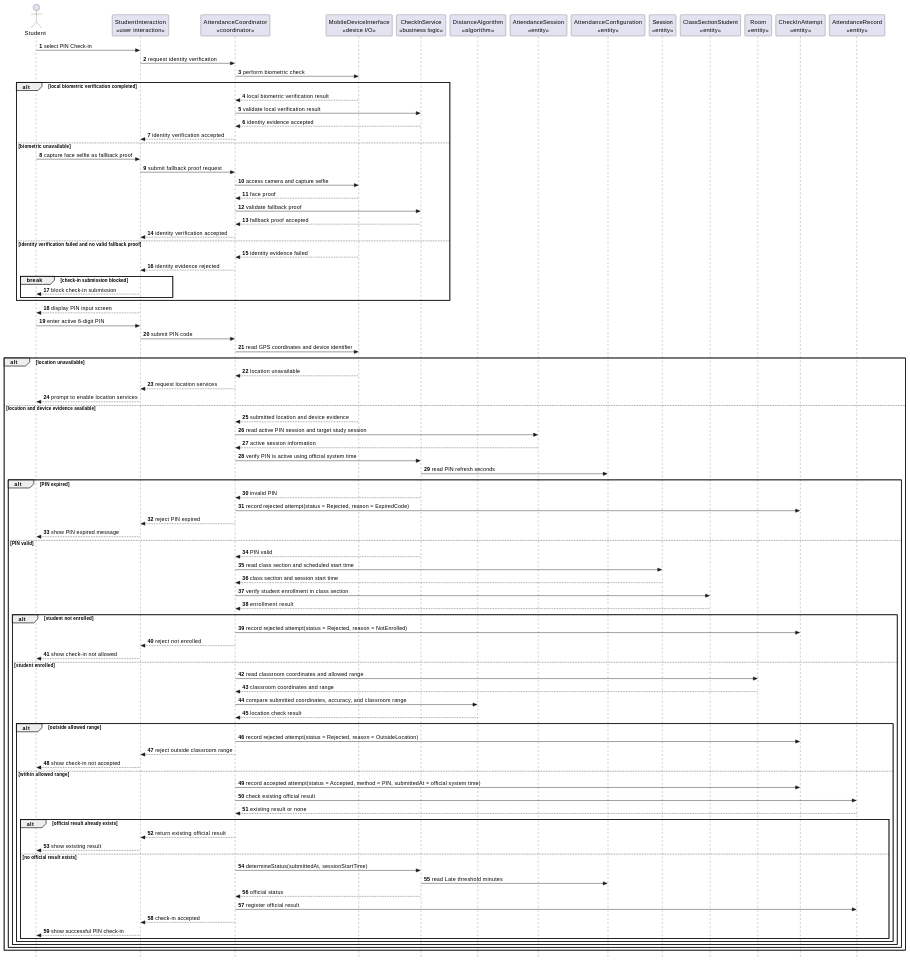
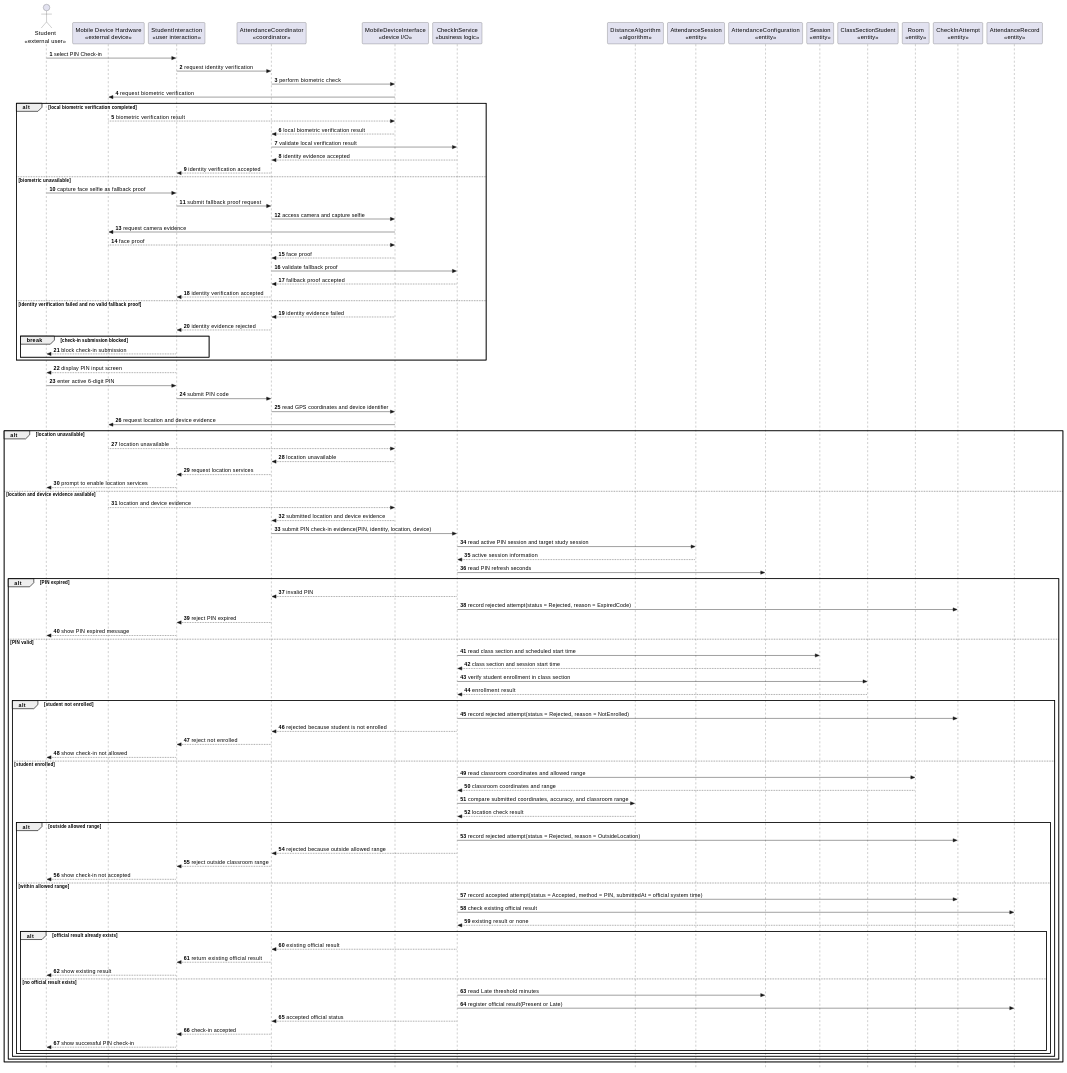
Before and after one commit to nttung42/SWD392: diagram 13 of 29 in docs/sds/2_Analysis.md, drawn with PlantUML. The commit also changed other lines of this file and 1 other file, not shown here.

Commit message:
Refactor code structure for improved readability and maintainability

```diff
--- a/docs/sds/2_Analysis.md
+++ b/docs/sds/2_Analysis.md
@@ -633,7 +640,8 @@
 @startuml
 skinparam style strictuml
 autonumber
-actor "Student" as Student
+actor "Student\n«external user»" as Student
+participant "Mobile Device Hardware\n«external device»" as MobileHardware
 participant "StudentInteraction\n«user interaction»" as StudentUI
 participant "AttendanceCoordinator\n«coordinator»" as CheckInControl
 participant "MobileDeviceInterface\n«device I/O»" as MobileSensor
@@ -650,8 +658,10 @@
 Student -> StudentUI : select PIN Check-in
 StudentUI -> CheckInControl : request identity verification
 CheckInControl -> MobileSensor : perform biometric check
+MobileSensor -> MobileHardware : request biometric verification
 
 alt local biometric verification completed
+  MobileHardware --> MobileSensor : biometric verification result
   MobileSensor --> CheckInControl : local biometric verification result
   CheckInControl -> AttendanceRules : validate local verification result
   AttendanceRules --> CheckInControl : identity evidence accepted
@@ -660,6 +670,8 @@
   Student -> StudentUI : capture face selfie as fallback proof
   StudentUI -> CheckInControl : submit fallback proof request
   CheckInControl -> MobileSensor : access camera and capture selfie
+  MobileSensor -> MobileHardware : request camera evidence
+  MobileHardware --> MobileSensor : face proof
   MobileSensor --> CheckInControl : face proof
   CheckInControl -> AttendanceRules : validate fallback proof
   AttendanceRules --> CheckInControl : fallback proof accepted
@@ -676,55 +688,59 @@
 Student -> StudentUI : enter active 6-digit PIN
 StudentUI -> CheckInControl : submit PIN code
 CheckInControl -> MobileSensor : read GPS coordinates and device identifier
+MobileSensor -> MobileHardware : request location and device evidence
 alt location unavailable
+  MobileHardware --> MobileSensor : location unavailable
   MobileSensor --> CheckInControl : location unavailable
   CheckInControl --> StudentUI : request location services
   StudentUI --> Student : prompt to enable location services
 else location and device evidence available
+  MobileHardware --> MobileSensor : location and device evidence
   MobileSensor --> CheckInControl : submitted location and device evidence
-  CheckInControl -> AttendanceSession : read active PIN session and target study session
-  AttendanceSession --> CheckInControl : active session information
-  CheckInControl -> AttendanceRules : verify PIN is active using official system time
+  CheckInControl -> AttendanceRules : submit PIN check-in evidence(PIN, identity, location, device)
+  AttendanceRules -> AttendanceSession : read active PIN session and target study session
+  AttendanceSession --> AttendanceRules : active session information
   AttendanceRules -> AttendanceConfig : read PIN refresh seconds
 
   alt PIN expired
     AttendanceRules --> CheckInControl : invalid PIN
-    CheckInControl -> CheckInAttempt : record rejected attempt(status = Rejected, reason = ExpiredCode)
+    AttendanceRules -> CheckInAttempt : record rejected attempt(status = Rejected, reason = ExpiredCode)
     CheckInControl --> StudentUI : reject PIN expired
     StudentUI --> Student : show PIN expired message
   else PIN valid
-    AttendanceRules --> CheckInControl : PIN valid
-    CheckInControl -> Session : read class section and scheduled start time
-    Session --> CheckInControl : class section and session start time
-    CheckInControl -> ClassSectionStudent : verify student enrollment in class section
-    ClassSectionStudent --> CheckInControl : enrollment result
+    AttendanceRules -> Session : read class section and scheduled start time
+    Session --> AttendanceRules : class section and session start time
+    AttendanceRules -> ClassSectionStudent : verify student enrollment in class section
+    ClassSectionStudent --> AttendanceRules : enrollment result
 
     alt student not enrolled
-      CheckInControl -> CheckInAttempt : record rejected attempt(status = Rejected, reason = NotEnrolled)
+      AttendanceRules -> CheckInAttempt : record rejected attempt(status = Rejected, reason = NotEnrolled)
+      AttendanceRules --> CheckInControl : rejected because student is not enrolled
       CheckInControl --> StudentUI : reject not enrolled
       StudentUI --> Student : show check-in not allowed
     else student enrolled
-      CheckInControl -> Room : read classroom coordinates and allowed range
-      Room --> CheckInControl : classroom coordinates and range
-      CheckInControl -> DistanceCalc : compare submitted coordinates, accuracy, and classroom range
-      DistanceCalc --> CheckInControl : location check result
+      AttendanceRules -> Room : read classroom coordinates and allowed range
+      Room --> AttendanceRules : classroom coordinates and range
+      AttendanceRules -> DistanceCalc : compare submitted coordinates, accuracy, and classroom range
+      DistanceCalc --> AttendanceRules : location check result
 
       alt outside allowed range
-        CheckInControl -> CheckInAttempt : record rejected attempt(status = Rejected, reason = OutsideLocation)
+        AttendanceRules -> CheckInAttempt : record rejected attempt(status = Rejected, reason = OutsideLocation)
+        AttendanceRules --> CheckInControl : rejected because outside allowed range
         CheckInControl --> StudentUI : reject outside classroom range
         StudentUI --> Student : show check-in not accepted
       else within allowed range
-        CheckInControl -> CheckInAttempt : record accepted attempt(status = Accepted, method = PIN, submittedAt = official system time)
-        CheckInControl -> AttendanceRecord : check existing official result
-        AttendanceRecord --> CheckInControl : existing result or none
+        AttendanceRules -> CheckInAttempt : record accepted attempt(status = Accepted, method = PIN, submittedAt = official system time)
+        AttendanceRules -> AttendanceRecord : check existing official result
+        AttendanceRecord --> AttendanceRules : existing result or none
         alt official result already exists
+          AttendanceRules --> CheckInControl : existing official result
           CheckInControl --> StudentUI : return existing official result
           StudentUI --> Student : show existing result
         else no official result exists
-          CheckInControl -> AttendanceRules : determineStatus(submittedAt, sessionStartTime)
           AttendanceRules -> AttendanceConfig : read Late threshold minutes
-          AttendanceRules --> CheckInControl : official status
-          CheckInControl -> AttendanceRecord : register official result
+          AttendanceRules -> AttendanceRecord : register official result(Present or Late)
+          AttendanceRules --> CheckInControl : accepted official status
           CheckInControl --> StudentUI : check-in accepted
           StudentUI --> Student : show successful PIN check-in
         end
```
